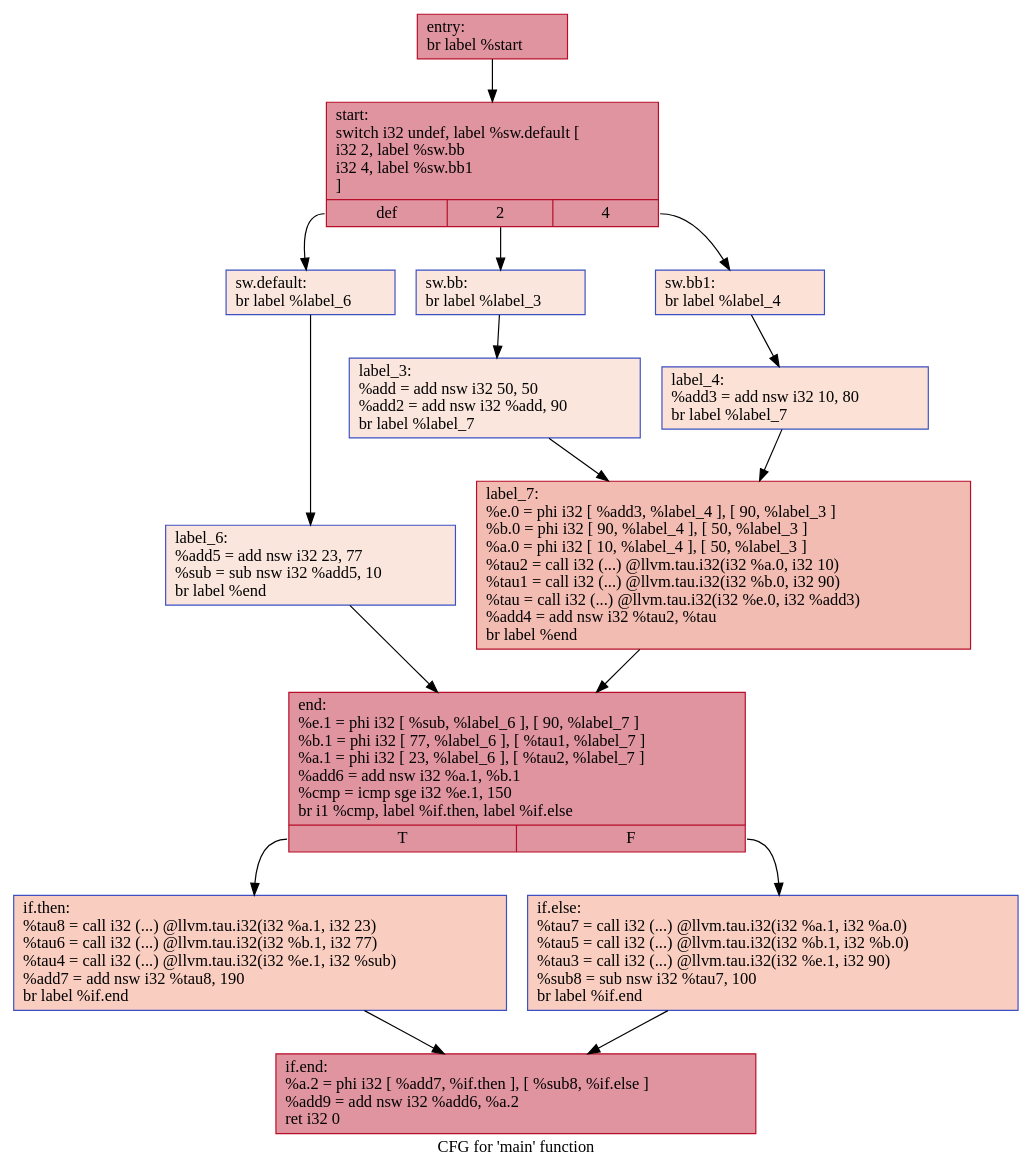
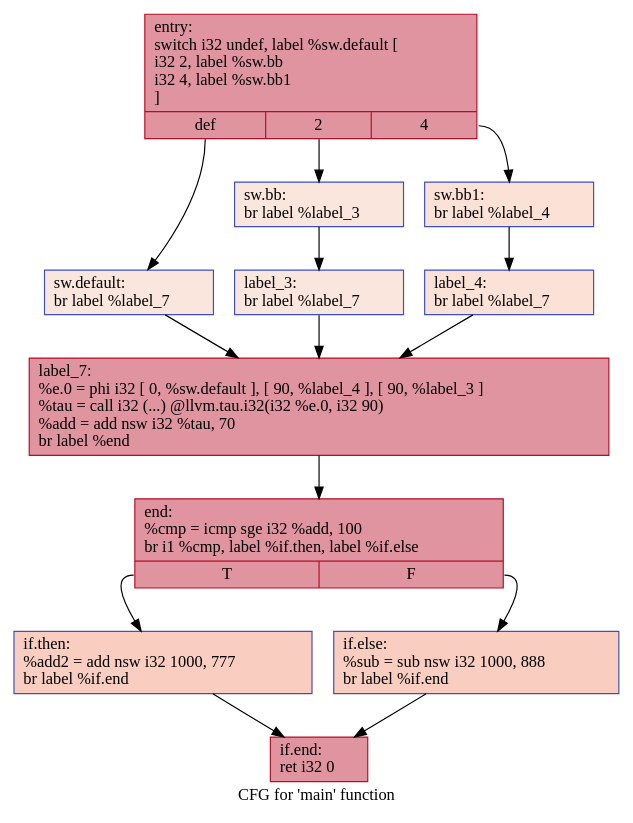
One commit to HPSSA-LLVM/HPSSA-LLVM changed the diagram in IR/cfg/afterHPSSA.dot. Above: the diagram before and after it, drawn with Graphviz. The commit also changed 37 other files, not shown here.

```diff
--- a/IR/cfg/afterHPSSA.dot
+++ b/IR/cfg/afterHPSSA.dot
@@ -1,32 +1,28 @@
 digraph "CFG for 'main' function" {
 	label="CFG for 'main' function";
 
-	Node0x558de6902cd0 [shape=record,color="#b70d28ff", style=filled, fillcolor="#b70d2870",label="{entry:\l  br label %start\l}"];
-	Node0x558de6902cd0 -> Node0x558de6902e00;
-	Node0x558de6902e00 [shape=record,color="#b70d28ff", style=filled, fillcolor="#b70d2870",label="{start:                                            \l  switch i32 undef, label %sw.default [\l    i32 2, label %sw.bb\l    i32 4, label %sw.bb1\l  ]\l|{<s0>def|<s1>2|<s2>4}}"];
-	Node0x558de6902e00:s0 -> Node0x558de6903310;
-	Node0x558de6902e00:s1 -> Node0x558de6903390;
-	Node0x558de6902e00:s2 -> Node0x558de6903430;
-	Node0x558de6903390 [shape=record,color="#3d50c3ff", style=filled, fillcolor="#f3c7b170",label="{sw.bb:                                            \l  br label %label_3\l}"];
-	Node0x558de6903390 -> Node0x558de69035c0;
-	Node0x558de6903430 [shape=record,color="#3d50c3ff", style=filled, fillcolor="#f7bca170",label="{sw.bb1:                                           \l  br label %label_4\l}"];
-	Node0x558de6903430 -> Node0x558de69036a0;
-	Node0x558de6903310 [shape=record,color="#3d50c3ff", style=filled, fillcolor="#f3c7b170",label="{sw.default:                                       \l  br label %label_6\l}"];
-	Node0x558de6903310 -> Node0x558de6903780;
-	Node0x558de69035c0 [shape=record,color="#3d50c3ff", style=filled, fillcolor="#f3c7b170",label="{label_3:                                          \l  %add = add nsw i32 50, 50\l  %add2 = add nsw i32 %add, 90\l  br label %label_7\l}"];
-	Node0x558de69035c0 -> Node0x558de6903a20;
-	Node0x558de69036a0 [shape=record,color="#3d50c3ff", style=filled, fillcolor="#f7bca170",label="{label_4:                                          \l  %add3 = add nsw i32 10, 80\l  br label %label_7\l}"];
-	Node0x558de69036a0 -> Node0x558de6903a20;
-	Node0x558de6903a20 [shape=record,color="#b70d28ff", style=filled, fillcolor="#e1675170",label="{label_7:                                          \l  %e.0 = phi i32 [ %add3, %label_4 ], [ 90, %label_3 ]\l  %b.0 = phi i32 [ 90, %label_4 ], [ 50, %label_3 ]\l  %a.0 = phi i32 [ 10, %label_4 ], [ 50, %label_3 ]\l  %tau2 = call i32 (...) @llvm.tau.i32(i32 %a.0, i32 10)\l  %tau1 = call i32 (...) @llvm.tau.i32(i32 %b.0, i32 90)\l  %tau = call i32 (...) @llvm.tau.i32(i32 %e.0, i32 %add3)\l  %add4 = add nsw i32 %tau2, %tau\l  br label %end\l}"];
-	Node0x558de6903a20 -> Node0x558de6904530;
-	Node0x558de6903780 [shape=record,color="#3d50c3ff", style=filled, fillcolor="#f3c7b170",label="{label_6:                                          \l  %add5 = add nsw i32 23, 77\l  %sub = sub nsw i32 %add5, 10\l  br label %end\l}"];
-	Node0x558de6903780 -> Node0x558de6904530;
-	Node0x558de6904530 [shape=record,color="#b70d28ff", style=filled, fillcolor="#b70d2870",label="{end:                                              \l  %e.1 = phi i32 [ %sub, %label_6 ], [ 90, %label_7 ]\l  %b.1 = phi i32 [ 77, %label_6 ], [ %tau1, %label_7 ]\l  %a.1 = phi i32 [ 23, %label_6 ], [ %tau2, %label_7 ]\l  %add6 = add nsw i32 %a.1, %b.1\l  %cmp = icmp sge i32 %e.1, 150\l  br i1 %cmp, label %if.then, label %if.else\l|{<s0>T|<s1>F}}"];
-	Node0x558de6904530:s0 -> Node0x558de6904f00;
-	Node0x558de6904530:s1 -> Node0x558de6904fd0;
-	Node0x558de6904f00 [shape=record,color="#3d50c3ff", style=filled, fillcolor="#f2907270",label="{if.then:                                          \l  %tau8 = call i32 (...) @llvm.tau.i32(i32 %a.1, i32 23)\l  %tau6 = call i32 (...) @llvm.tau.i32(i32 %b.1, i32 77)\l  %tau4 = call i32 (...) @llvm.tau.i32(i32 %e.1, i32 %sub)\l  %add7 = add nsw i32 %tau8, 190\l  br label %if.end\l}"];
-	Node0x558de6904f00 -> Node0x558de69055c0;
-	Node0x558de6904fd0 [shape=record,color="#3d50c3ff", style=filled, fillcolor="#f2907270",label="{if.else:                                          \l  %tau7 = call i32 (...) @llvm.tau.i32(i32 %a.1, i32 %a.0)\l  %tau5 = call i32 (...) @llvm.tau.i32(i32 %b.1, i32 %b.0)\l  %tau3 = call i32 (...) @llvm.tau.i32(i32 %e.1, i32 90)\l  %sub8 = sub nsw i32 %tau7, 100\l  br label %if.end\l}"];
-	Node0x558de6904fd0 -> Node0x558de69055c0;
-	Node0x558de69055c0 [shape=record,color="#b70d28ff", style=filled, fillcolor="#b70d2870",label="{if.end:                                           \l  %a.2 = phi i32 [ %add7, %if.then ], [ %sub8, %if.else ]\l  %add9 = add nsw i32 %add6, %a.2\l  ret i32 0\l}"];
+	Node0x55d9e0c25840 [shape=record,color="#b70d28ff", style=filled, fillcolor="#b70d2870",label="{entry:\l  switch i32 undef, label %sw.default [\l    i32 2, label %sw.bb\l    i32 4, label %sw.bb1\l  ]\l|{<s0>def|<s1>2|<s2>4}}"];
+	Node0x55d9e0c25840:s0 -> Node0x55d9e0c25da0;
+	Node0x55d9e0c25840:s1 -> Node0x55d9e0c25e20;
+	Node0x55d9e0c25840:s2 -> Node0x55d9e0c25ec0;
+	Node0x55d9e0c25e20 [shape=record,color="#3d50c3ff", style=filled, fillcolor="#f3c7b170",label="{sw.bb:                                            \l  br label %label_3\l}"];
+	Node0x55d9e0c25e20 -> Node0x55d9e0c26050;
+	Node0x55d9e0c25ec0 [shape=record,color="#3d50c3ff", style=filled, fillcolor="#f7bca170",label="{sw.bb1:                                           \l  br label %label_4\l}"];
+	Node0x55d9e0c25ec0 -> Node0x55d9e0c26130;
+	Node0x55d9e0c25da0 [shape=record,color="#3d50c3ff", style=filled, fillcolor="#f3c7b170",label="{sw.default:                                       \l  br label %label_7\l}"];
+	Node0x55d9e0c25da0 -> Node0x55d9e0c26210;
+	Node0x55d9e0c26050 [shape=record,color="#3d50c3ff", style=filled, fillcolor="#f3c7b170",label="{label_3:                                          \l  br label %label_7\l}"];
+	Node0x55d9e0c26050 -> Node0x55d9e0c26210;
+	Node0x55d9e0c26130 [shape=record,color="#3d50c3ff", style=filled, fillcolor="#f7bca170",label="{label_4:                                          \l  br label %label_7\l}"];
+	Node0x55d9e0c26130 -> Node0x55d9e0c26210;
+	Node0x55d9e0c26210 [shape=record,color="#b70d28ff", style=filled, fillcolor="#b70d2870",label="{label_7:                                          \l  %e.0 = phi i32 [ 0, %sw.default ], [ 90, %label_4 ], [ 90, %label_3 ]\l  %tau = call i32 (...) @llvm.tau.i32(i32 %e.0, i32 90)\l  %add = add nsw i32 %tau, 70\l  br label %end\l}"];
+	Node0x55d9e0c26210 -> Node0x55d9e0c267c0;
+	Node0x55d9e0c267c0 [shape=record,color="#b70d28ff", style=filled, fillcolor="#b70d2870",label="{end:                                              \l  %cmp = icmp sge i32 %add, 100\l  br i1 %cmp, label %if.then, label %if.else\l|{<s0>T|<s1>F}}"];
+	Node0x55d9e0c267c0:s0 -> Node0x55d9e0c26980;
+	Node0x55d9e0c267c0:s1 -> Node0x55d9e0c26b90;
+	Node0x55d9e0c26980 [shape=record,color="#3d50c3ff", style=filled, fillcolor="#f2907270",label="{if.then:                                          \l  %add2 = add nsw i32 1000, 777\l  br label %if.end\l}"];
+	Node0x55d9e0c26980 -> Node0x55d9e0c26dc0;
+	Node0x55d9e0c26b90 [shape=record,color="#3d50c3ff", style=filled, fillcolor="#f2907270",label="{if.else:                                          \l  %sub = sub nsw i32 1000, 888\l  br label %if.end\l}"];
+	Node0x55d9e0c26b90 -> Node0x55d9e0c26dc0;
+	Node0x55d9e0c26dc0 [shape=record,color="#b70d28ff", style=filled, fillcolor="#b70d2870",label="{if.end:                                           \l  ret i32 0\l}"];
 }
```
